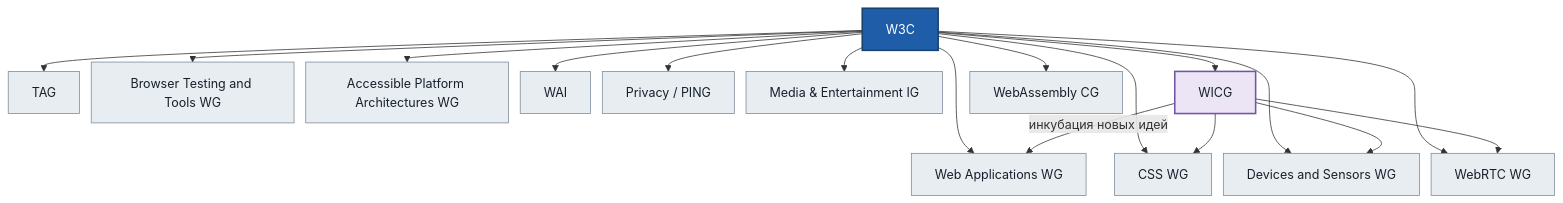
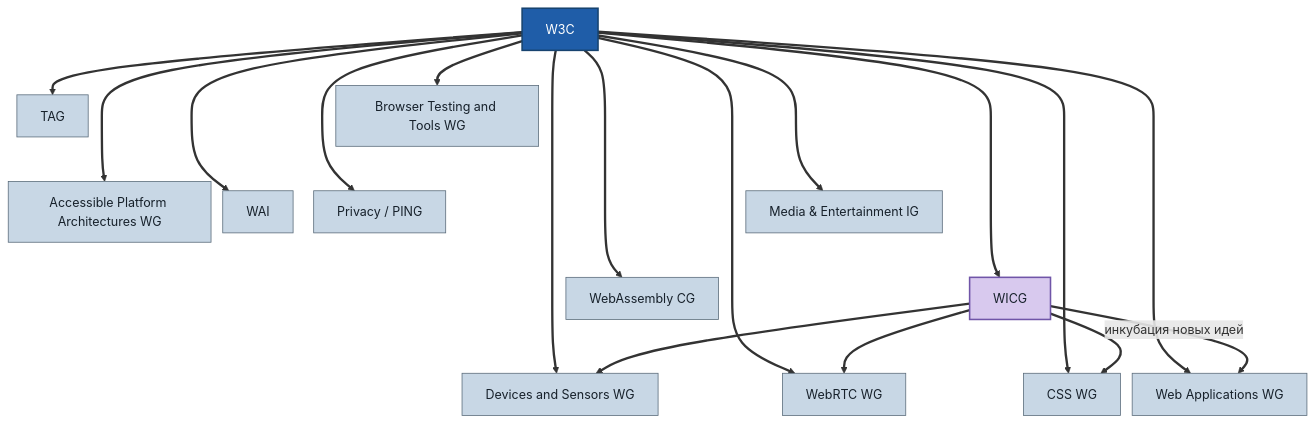
Before and after one commit to Momomash/hitchhiking-web-platform: the fourth of 4 diagrams in slides.md, drawn with Mermaid. The commit also changed other lines of this file and 2 other files, not shown here.

````diff
--- a/slides.md
+++ b/slides.md
@@ -2346,46 +2328,59 @@
 ```mermaid
-%%{init: {'flowchart': {'curve': 'basis', 'nodeSpacing': 15, 'rankSpacing': 15}}}%%
+%%{init: {'flowchart': {'curve': 'basis', 'nodeSpacing': 15, 'rankSpacing': 45}}}%%
 
 flowchart TD
 
   W3C["W3C"]
 
   TAG["TAG"]
   WEBAPPS["Web Applications WG"]
   CSSWG["CSS WG"]
   BTT["Browser Testing and Tools WG"]
   DAS["Devices and Sensors WG"]
   WEBRTCWG["WebRTC WG"]
   APA["Accessible Platform Architectures WG"]
   WAI["WAI"]
   PATWG["Privacy / PING"]
   MEIG["Media & Entertainment IG"]
   WICG["WICG"]
   WASMCG["WebAssembly CG"]
 
   W3C --> TAG
   W3C --> WEBAPPS
   W3C --> CSSWG
   W3C --> BTT
   W3C --> DAS
   W3C --> WEBRTCWG
   W3C --> APA
   W3C --> WAI
   W3C --> PATWG
   W3C --> MEIG
   W3C --> WICG
   W3C --> WASMCG
 
   WICG -->|инкубация новых идей| WEBAPPS
   WICG --> CSSWG
   WICG --> DAS
   WICG --> WEBRTCWG
 
+  %% ярусы: невидимые связи (~~~) переносят половину групп на вторую строку,
+  %% а community-группы — на третью. Без них всё в одну строку на 2000px
+  %% и схема ужимается в полтора раза.
+  BTT ~~~ WEBRTCWG
+  BTT ~~~ APA
+  BTT ~~~ WAI
+  BTT ~~~ PATWG
+  BTT ~~~ MEIG
+  MEIG ~~~ WICG
+  MEIG ~~~ WASMCG
+
   classDef core fill:#1f5da8,stroke:#17436f,color:#fff,stroke-width:2px;
-  classDef group fill:#e8edf2,stroke:#7d8b99,color:#17212b;
-  classDef incubator fill:#ece5f5,stroke:#7055a8,color:#17212b,stroke-width:2px;
+  classDef group fill:#c8d7e5,stroke:#5a6b7a,color:#17212b;
+  classDef incubator fill:#d8c9ee,stroke:#7055a8,color:#17212b,stroke-width:2px;
 
   class W3C core;
   class TAG,WEBAPPS,CSSWG,BTT,DAS,WEBRTCWG,APA,WAI,PATWG,MEIG,WASMCG group;
   class WICG incubator;
+
+  linkStyle default stroke-width:3px
 ```
````
